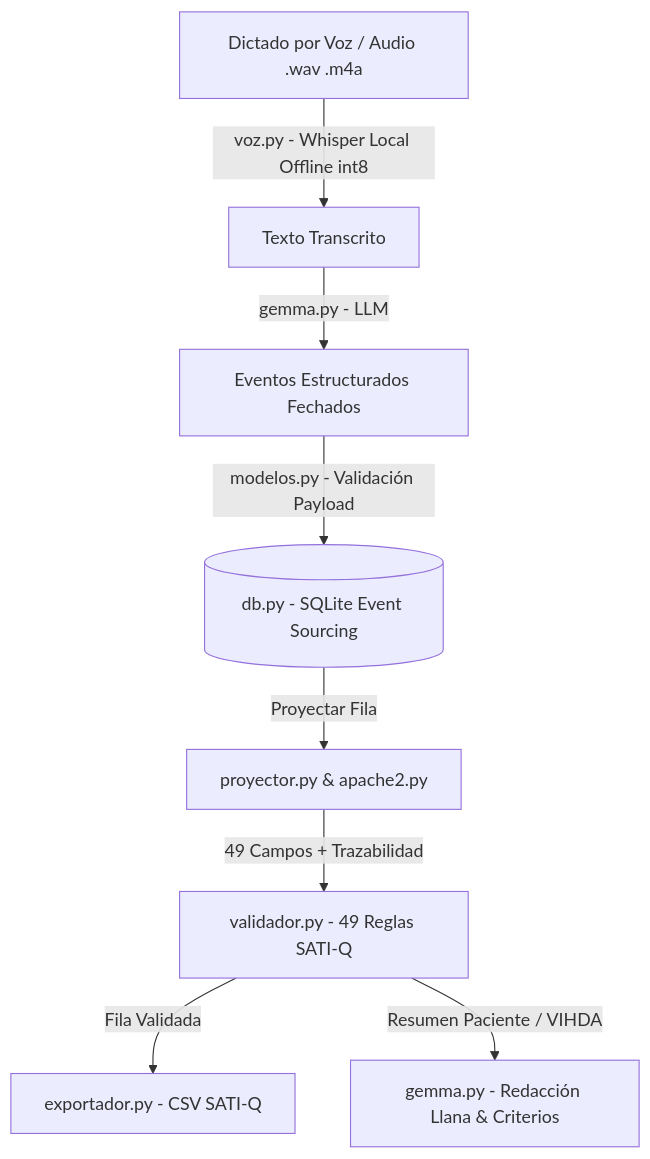
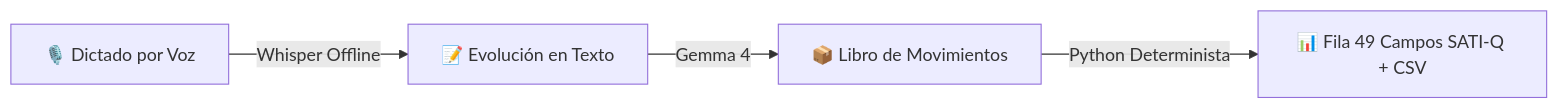
Before and after one commit to Zertyens/MedTranscriptor: the diagram in README.md, drawn with Mermaid. The commit also changed other lines of this file and 2 other files, not shown here.

````diff
--- a/README.md
+++ b/README.md
@@ -151,10 +43,6 @@
 ```mermaid
-flowchart TD
-    A[Dictado por Voz / Audio .wav .m4a] -->|voz.py - Whisper Local Offline int8| B[Texto Transcrito]
-    B -->|gemma.py - LLM| C[Eventos Estructurados Fechados]
-    C -->|modelos.py - Validación Payload| D[(db.py - SQLite Event Sourcing)]
-    D -->|Proyectar Fila| E[proyector.py & apache2.py]
-    E -->|49 Campos + Trazabilidad| F[validador.py - 49 Reglas SATI-Q]
-    F -->|Fila Validada| G[exportador.py - CSV SATI-Q]
-    F -->|Resumen Paciente / VIHDA| H[gemma.py - Redacción Llana & Criterios]
+flowchart LR
+    A[🎙️ Dictado por Voz] -->|Whisper Offline| B[📝 Evolución en Texto]
+    B -->|Gemma 4| C[📦 Libro de Movimientos]
+    C -->|Python Determinista| D[📊 Fila 49 Campos SATI-Q + CSV]
 ```
````
